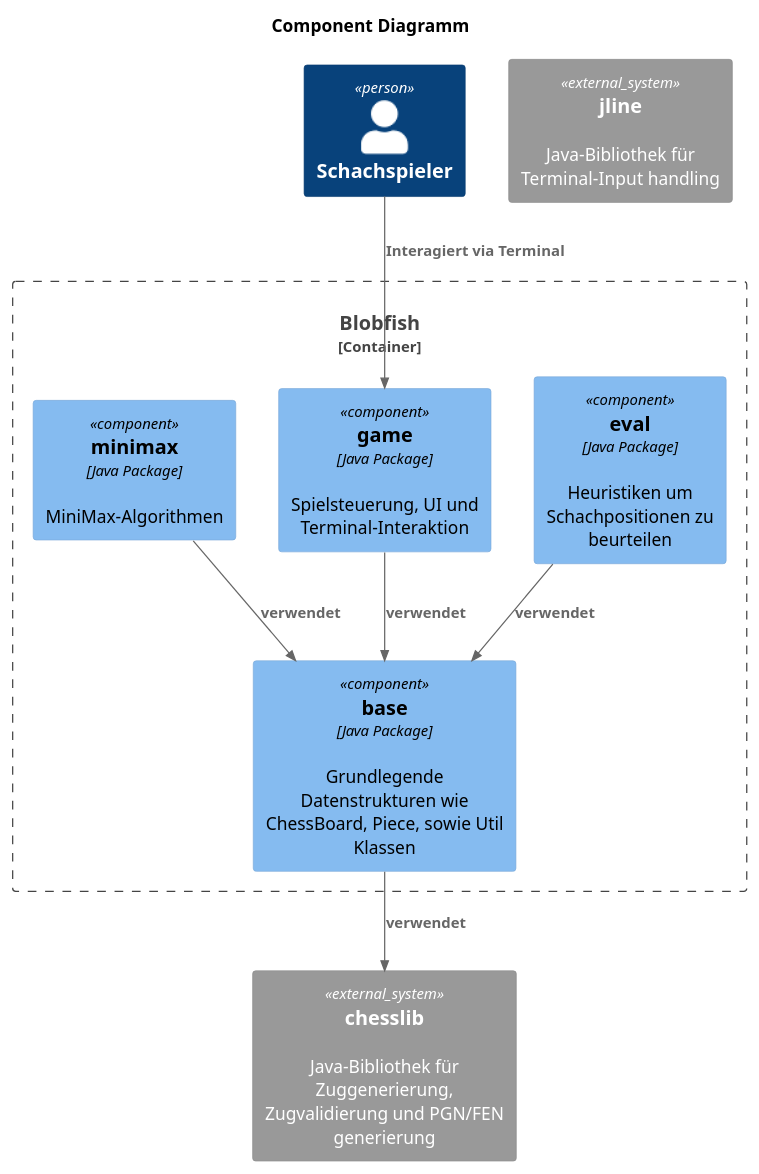
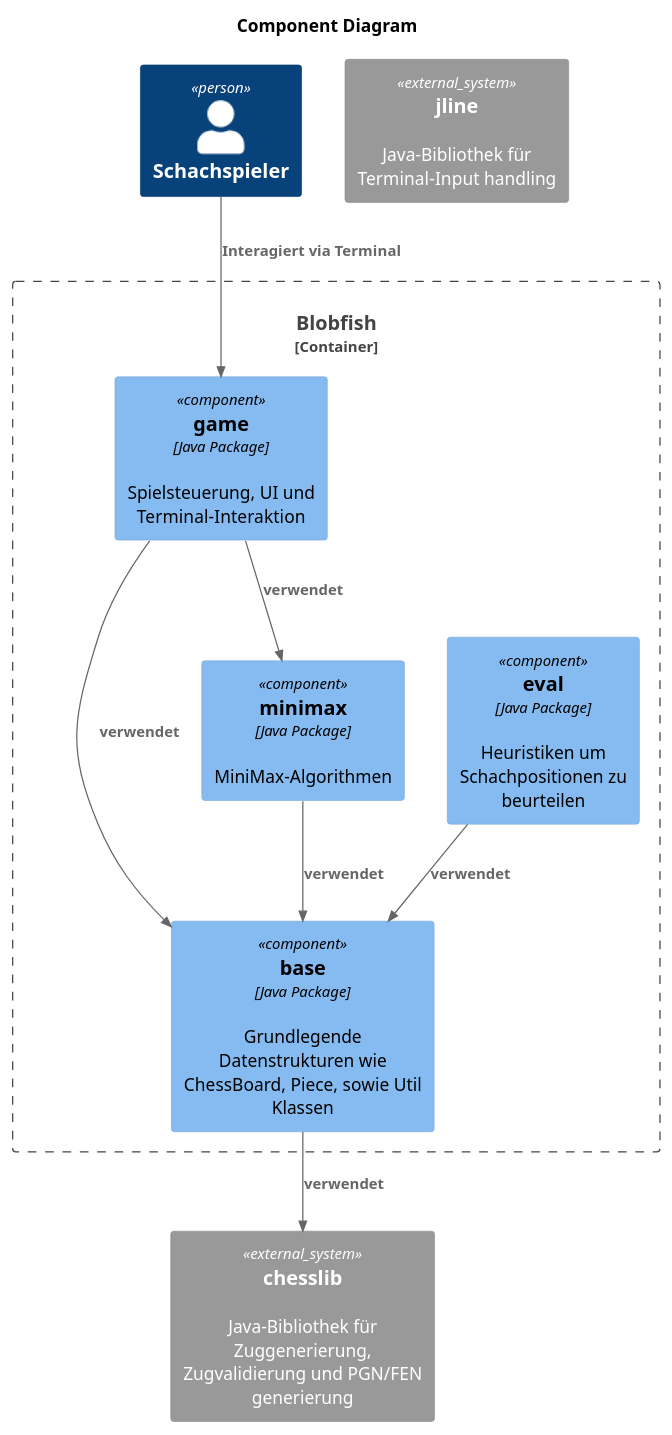
Before and after one commit to l2c0r3/blobfish: the diagram in docs/plantuml/c4/c4-component.puml, drawn with PlantUML. The commit also changed 7 other files, not shown here.

```diff
--- a/docs/plantuml/c4/c4-component.puml
+++ b/docs/plantuml/c4/c4-component.puml
@@ -1,29 +1,30 @@
 @startuml
 !include <C4/C4_Component>
 
-title Component Diagramm
+title Component Diagram
 
 Person(player, "Schachspieler")
 
 Container_Boundary(cli, "Blobfish") {
     Component(base, "base", "Java Package", "Grundlegende Datenstrukturen wie ChessBoard, Piece, sowie Util Klassen")
     Component(eval, "eval", "Java Package", "Heuristiken um Schachpositionen zu beurteilen")
     Component(game, "game", "Java Package", "Spielsteuerung, UI und Terminal-Interaktion")
     Component(minimax, "minimax", "Java Package", "MiniMax-Algorithmen")
 }
 
 System_Ext(chesslib, "chesslib", "Java-Bibliothek für Zuggenerierung, Zugvalidierung und PGN/FEN generierung")
 System_Ext(jline, "jline", "Java-Bibliothek für Terminal-Input handling")
 
 Rel(base, chesslib, "verwendet")
 
 Rel(eval, base, "verwendet")
 
 Rel(game, base, "verwendet")
+Rel(game, minimax, "verwendet")
 
 Rel(minimax, base, "verwendet")
 
 Rel(player, game, "Interagiert via Terminal")
 
 
 @enduml
```
